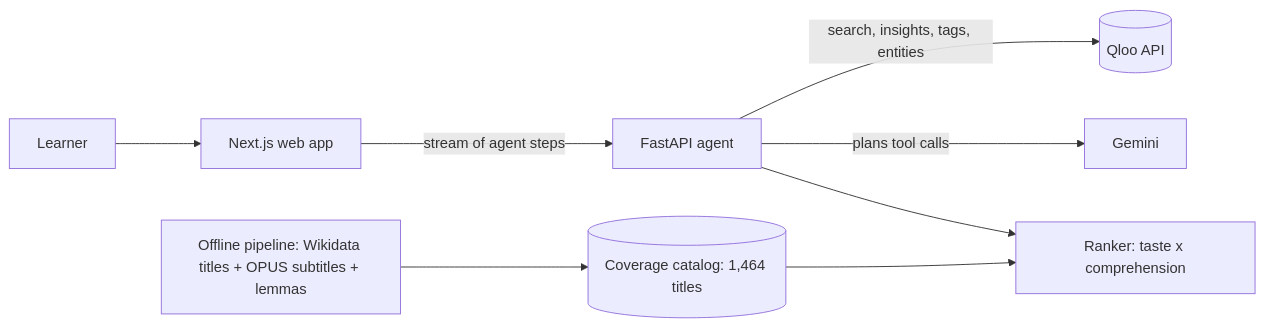
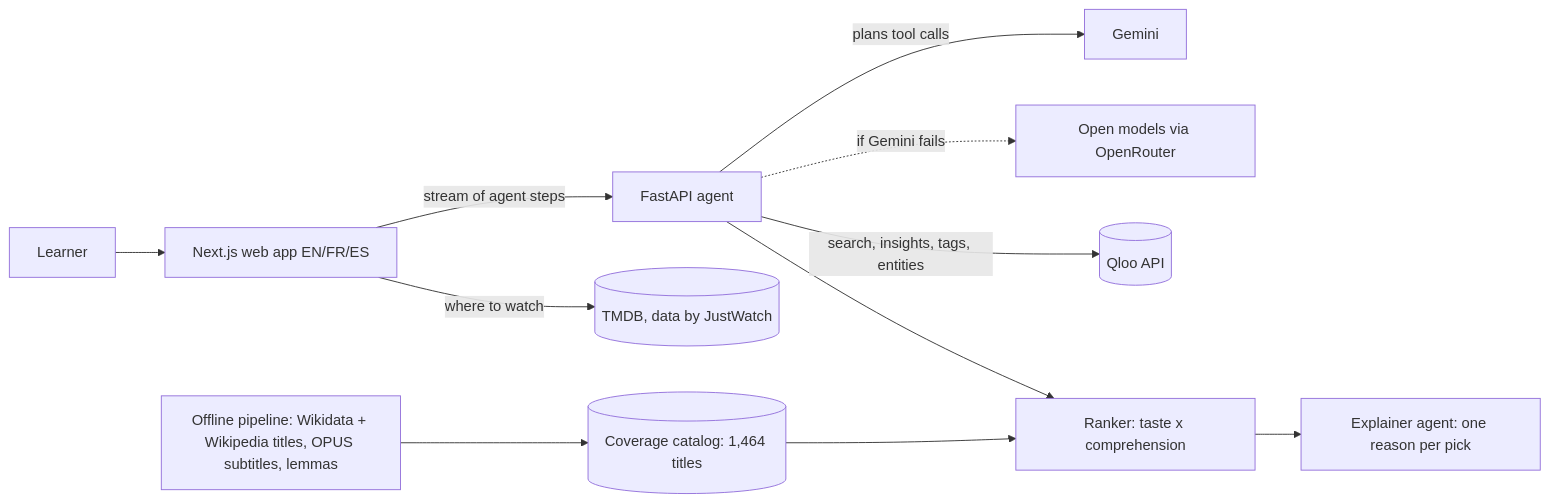
One commit to BriceZemba/comprende changed the diagram in README.md. Above: the diagram before and after it, drawn with Mermaid. The commit also changed other lines of this file and 2 other files, not shown here.

````diff
--- a/README.md
+++ b/README.md
@@ -48,10 +61,13 @@
 ```mermaid
 flowchart LR
-  U[Learner] --> W[Next.js web app]
+  U[Learner] --> W[Next.js web app EN/FR/ES]
   W -->|stream of agent steps| A[FastAPI agent]
+  A -->|plans tool calls| G[Gemini]
+  A -.->|if Gemini fails| O[Open models via OpenRouter]
   A -->|search, insights, tags, entities| Q[(Qloo API)]
-  A -->|plans tool calls| G[Gemini]
   A --> R[Ranker: taste x comprehension]
+  R --> E[Explainer agent: one reason per pick]
   C[(Coverage catalog: 1,464 titles)] --> R
-  P[Offline pipeline: Wikidata titles + OPUS subtitles + lemmas] --> C
+  P[Offline pipeline: Wikidata + Wikipedia titles, OPUS subtitles, lemmas] --> C
+  W -->|where to watch| T[(TMDB, data by JustWatch)]
 ```
````
